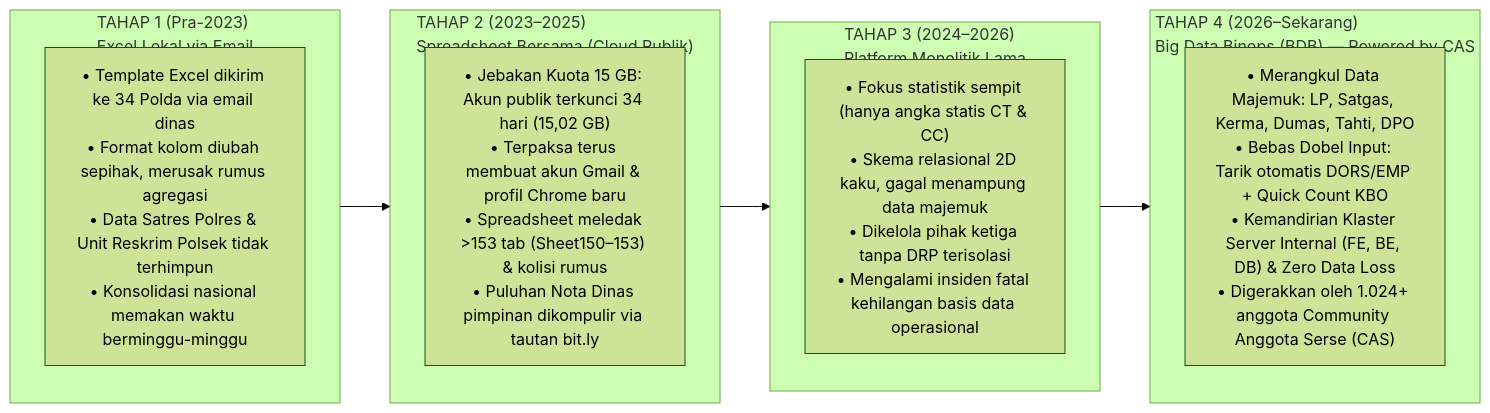
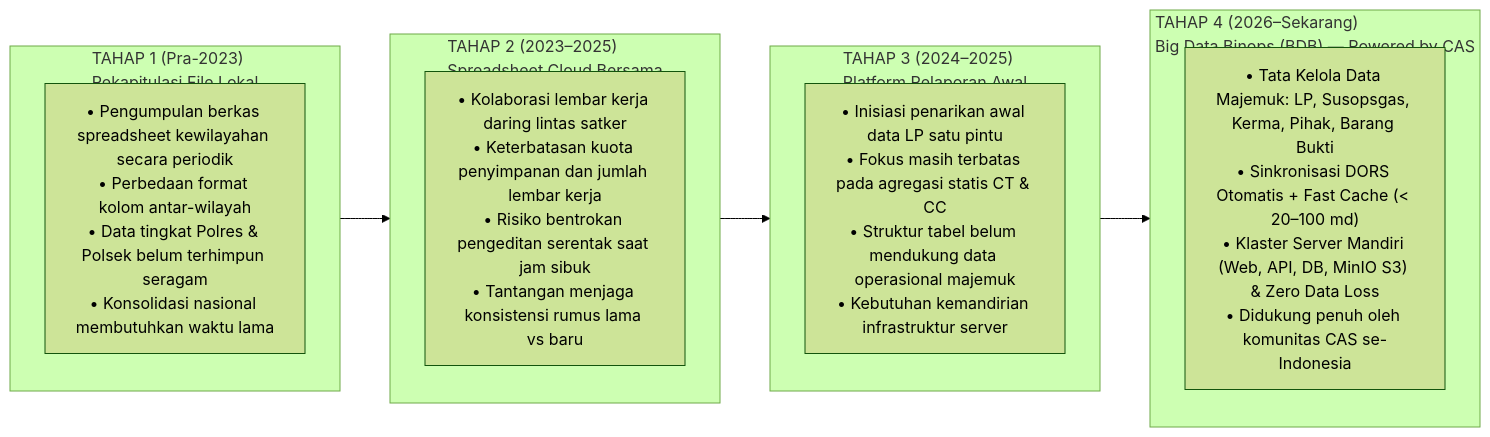
Before and after one commit to omeko42/big-data-binops: the first of 3 diagrams in README.id.md, drawn with Mermaid (forest theme). The commit also changed other lines of this file and 40 other files, not shown here.

````diff
--- a/README.id.md
+++ b/README.id.md
@@ -26,20 +68,20 @@
 ```mermaid
 flowchart LR
-    subgraph T1["TAHAP 1 (Pra-2023)\nExcel Lokal via Email"]
-        T1D["• Template Excel dikirim ke 34 Polda via email dinas\n• Format kolom diubah sepihak, merusak rumus agregasi\n• Data Satres Polres & Unit Reskrim Polsek tidak terhimpun\n• Konsolidasi nasional memakan waktu berminggu-minggu"]
+    subgraph S1["TAHAP 1 (Pra-2023)\nRekapitulasi File Lokal"]
+        S1A["• Pengumpulan berkas spreadsheet kewilayahan secara periodik\n• Perbedaan format kolom antar-wilayah\n• Data tingkat Polres & Polsek belum terhimpun seragam\n• Konsolidasi nasional membutuhkan waktu lama"]
     end
 
-    subgraph T2["TAHAP 2 (2023–2025)\nSpreadsheet Bersama (Cloud Publik)"]
-        T2D["• Jebakan Kuota 15 GB: Akun publik terkunci 34 hari (15,02 GB)\n• Terpaksa terus membuat akun Gmail & profil Chrome baru\n• Spreadsheet meledak >153 tab (Sheet150–153) & kolisi rumus\n• Puluhan Nota Dinas pimpinan dikompulir via tautan bit.ly"]
+    subgraph S2["TAHAP 2 (2023–2025)\nSpreadsheet Cloud Bersama"]
+        S2A["• Kolaborasi lembar kerja daring lintas satker\n• Keterbatasan kuota penyimpanan dan jumlah lembar kerja\n• Risiko bentrokan pengeditan serentak saat jam sibuk\n• Tantangan menjaga konsistensi rumus lama vs baru"]
     end
 
-    subgraph T3["TAHAP 3 (2024–2026)\nPlatform Monolitik Lama"]
-        T3D["• Fokus statistik sempit (hanya angka statis CT & CC)\n• Skema relasional 2D kaku, gagal menampung data majemuk\n• Dikelola pihak ketiga tanpa DRP terisolasi\n• Mengalami insiden fatal kehilangan basis data operasional"]
+    subgraph S3["TAHAP 3 (2024–2025)\nPlatform Pelaporan Awal"]
+        S3A["• Inisiasi penarikan awal data LP satu pintu\n• Fokus masih terbatas pada agregasi statis CT & CC\n• Struktur tabel belum mendukung data operasional majemuk\n• Kebutuhan kemandirian infrastruktur server"]
     end
 
-    subgraph T4["TAHAP 4 (2026–Sekarang)\nBig Data Binops (BDB) — Powered by CAS"]
-        T4D["• Merangkul Data Majemuk: LP, Satgas, Kerma, Dumas, Tahti, DPO\n• Bebas Dobel Input: Tarik otomatis DORS/EMP + Quick Count KBO\n• Kemandirian Klaster Server Internal (FE, BE, DB) & Zero Data Loss\n• Digerakkan oleh 1.024+ anggota Community Anggota Serse (CAS)"]
+    subgraph S4["TAHAP 4 (2026–Sekarang)\nBig Data Binops (BDB) — Powered by CAS"]
+        S4A["• Tata Kelola Data Majemuk: LP, Susopsgas, Kerma, Pihak, Barang Bukti\n• Sinkronisasi DORS Otomatis + Fast Cache (< 20–100 md)\n• Klaster Server Mandiri (Web, API, DB, MinIO S3) & Zero Data Loss\n• Didukung penuh oleh komunitas CAS se-Indonesia"]
     end
 
-    T1 --> T2 --> T3 --> T4
+    S1 --> S2 --> S3 --> S4
 ```
````
